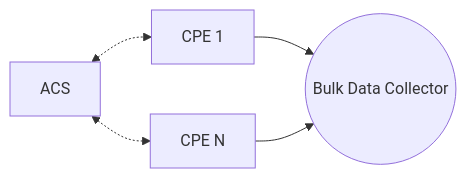
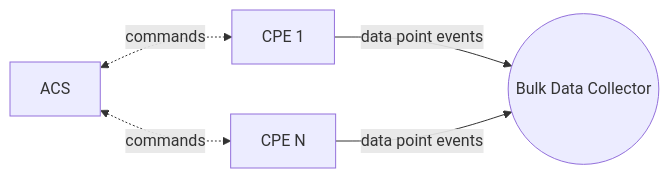
One commit to zdrgeo/bulk-data-collector changed the first of 2 diagrams in readme.md. Above: the diagram before and after it, drawn with Mermaid.

Commit message:
Improve the context diagram in Readme

````diff
--- a/readme.md
+++ b/readme.md
@@ -23,9 +23,9 @@
 ```mermaid
 graph LR
     ACS[ACS]
-    ACS <-.-> CPE1
-    ACS <-.-> CPEn
-    CPE1[CPE 1] --> BDC
-    CPEn[CPE N] --> BDC
+    ACS <-.->|commands| CPE1
+    ACS <-.->|commands| CPEn
+    CPE1[CPE 1] -->|data point events| BDC
+    CPEn[CPE N] -->|data point events| BDC
     BDC((Bulk Data Collector))
 ```
````
